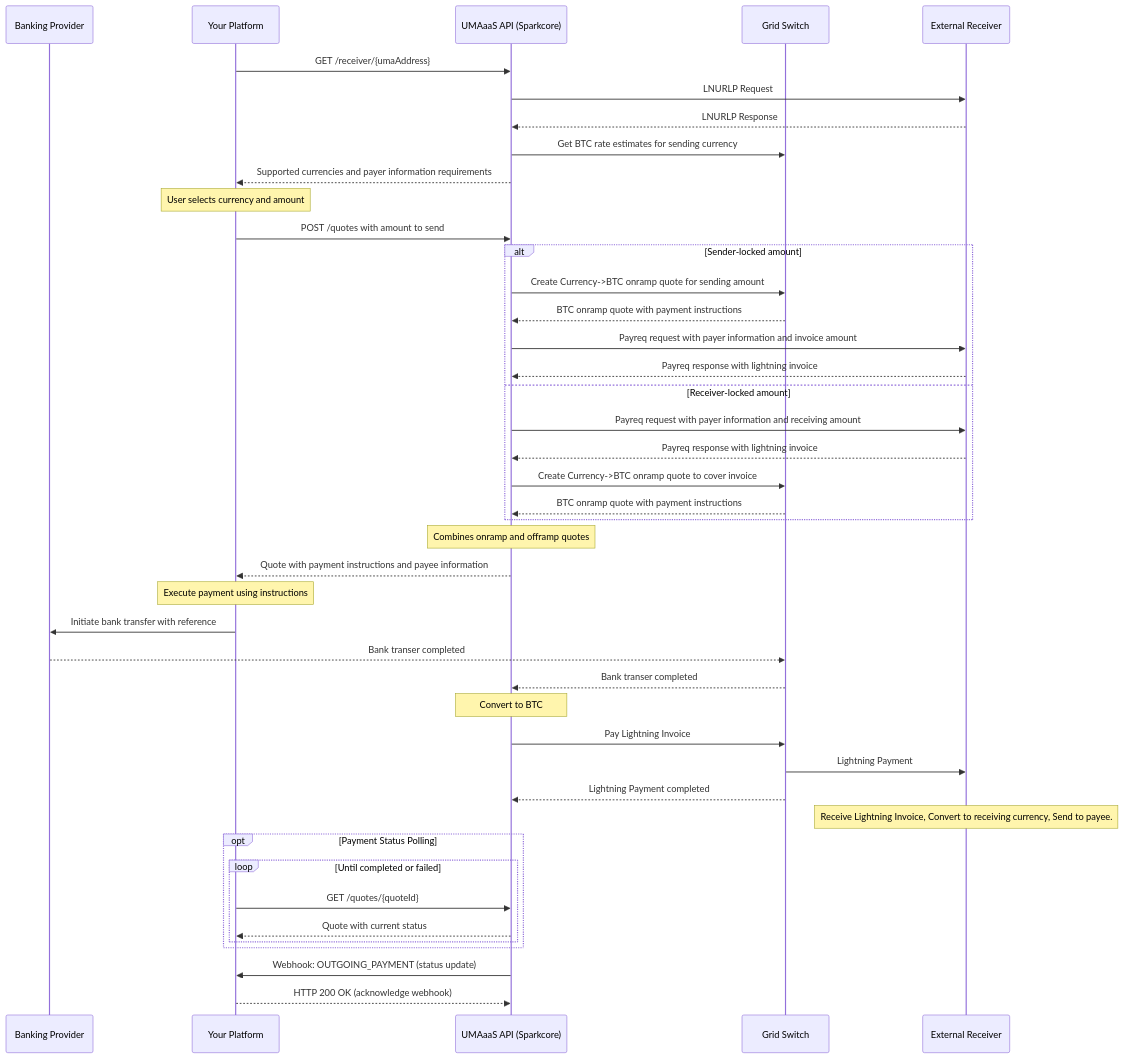
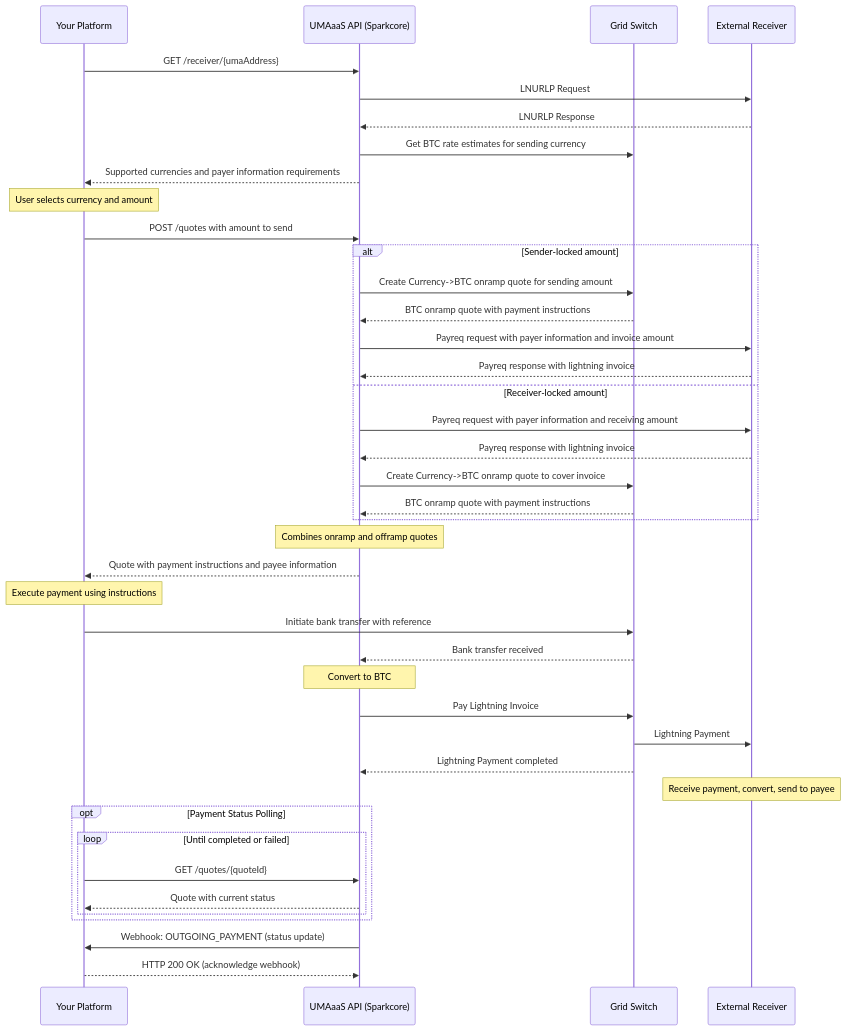
The second of 2 diagrams in docusaurus-docs/src/pages/detailed-flows.md (lightsparkdev/umaaas-api), drawn with Mermaid before and after one commit. The commit also changed other lines of this file, not shown here.

Commit message:
Cleanup detailed flows

````diff
--- a/docusaurus-docs/src/pages/detailed-flows.md
+++ b/docusaurus-docs/src/pages/detailed-flows.md
@@ -46,48 +45,46 @@
 ```mermaid
 sequenceDiagram
-    participant Bank as Banking Provider
     participant Client as Your Platform
     participant UMAaaS as UMAaaS API (Sparkcore)
     participant GridSwitch as Grid Switch
     participant Counterparty as External Receiver
     
     Client->>UMAaaS: GET /receiver/{umaAddress}
     UMAaaS->>Counterparty: LNURLP Request
     Counterparty-->>UMAaaS: LNURLP Response
     UMAaaS->>GridSwitch: Get BTC rate estimates for sending currency
     UMAaaS-->>Client: Supported currencies and payer information requirements
     Note over Client: User selects currency and amount
     Client->>UMAaaS: POST /quotes with amount to send
     alt Sender-locked amount
         UMAaaS->>GridSwitch: Create Currency->BTC onramp quote for sending amount
         GridSwitch-->>UMAaaS: BTC onramp quote with payment instructions
         UMAaaS->>Counterparty: Payreq request with payer information and invoice amount
         Counterparty-->>UMAaaS: Payreq response with lightning invoice
     else Receiver-locked amount
         UMAaaS->>Counterparty: Payreq request with payer information and receiving amount
         Counterparty-->>UMAaaS: Payreq response with lightning invoice
         UMAaaS->>GridSwitch: Create Currency->BTC onramp quote to cover invoice
         GridSwitch-->>UMAaaS: BTC onramp quote with payment instructions
     end
     Note over UMAaaS: Combines onramp and offramp quotes
     UMAaaS-->>Client: Quote with payment instructions and payee information
     Note over Client: Execute payment using instructions
-    Client->>Bank: Initiate bank transfer with reference
-    Bank-->>GridSwitch: Bank transer completed
-    GridSwitch-->>UMAaaS: Bank transer completed
+    Client->>GridSwitch: Initiate bank transfer with reference
+    GridSwitch-->>UMAaaS: Bank transfer received
     Note over UMAaaS: Convert to BTC
     UMAaaS->>GridSwitch: Pay Lightning Invoice
     GridSwitch->>Counterparty: Lightning Payment
     GridSwitch-->>UMAaaS: Lightning Payment completed
-    Note over Counterparty: Receive Lightning Invoice, Convert to receiving currency, Send to payee.
+    Note over Counterparty: Receive payment, convert, send to payee
     
     opt Payment Status Polling
         loop Until completed or failed
             Client->>UMAaaS: GET /quotes/{quoteId}
             UMAaaS-->>Client: Quote with current status
         end
     end
     
     UMAaaS->>Client: Webhook: OUTGOING_PAYMENT (status update)
     Client-->>UMAaaS: HTTP 200 OK (acknowledge webhook)
 ```
````
